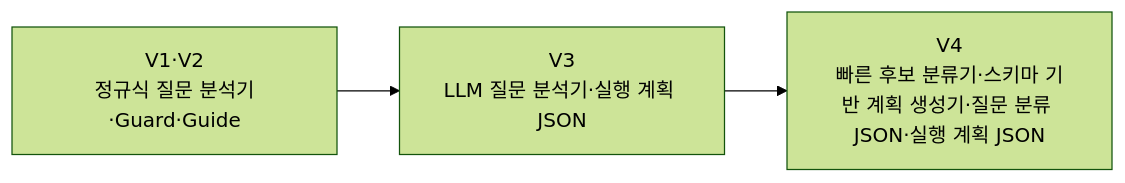
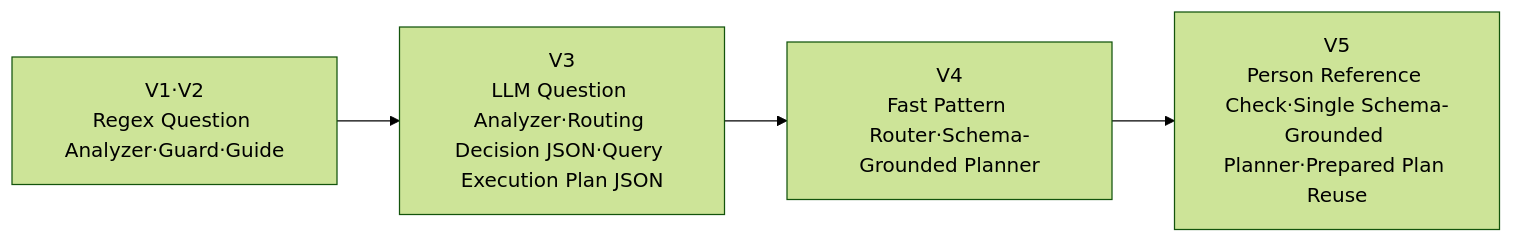
Before and after one commit to knu-2026-summer-main-enhancement/finance-doc-agent: diagram 13 of 16 in README.md, drawn with Mermaid (forest theme). The commit also changed other lines of this file, not shown here.

Commit message:
Document English routing architecture

````diff
--- a/README.md
+++ b/README.md
@@ -541,4 +541,6 @@
 ```mermaid
 flowchart LR
-    E1[V1·V2<br/>정규식 질문 분석기·Guard·Guide] --> E2[V3<br/>LLM 질문 분석기·실행 계획 JSON] --> E3[V4<br/>빠른 후보 분류기·스키마 기반 계획 생성기·질문 분류 JSON·실행 계획 JSON]
+    E1[V1·V2<br/>Regex Question Analyzer·Guard·Guide] --> E2[V3<br/>LLM Question Analyzer·Routing Decision JSON·Query Execution Plan JSON]
+    E2 --> E3[V4<br/>Fast Pattern Router·Schema-Grounded Planner]
+    E3 --> E4[V5<br/>Person Reference Check·Single Schema-Grounded Planner·Prepared Plan Reuse]
 ```
````
